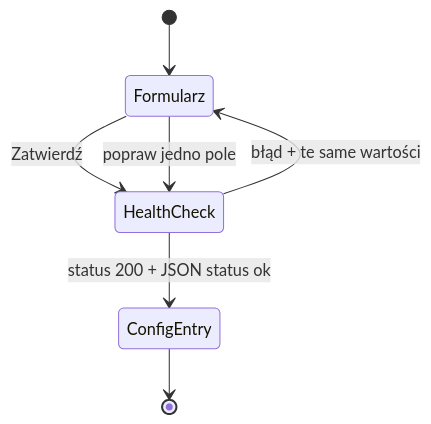
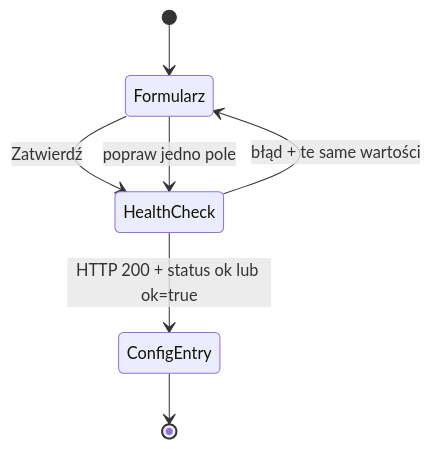
The second of 2 diagrams in RAPORT_IMPLEMENTACJI.md (NintyS/LocalEZVIZ), drawn with Mermaid before and after one commit. The commit also changed other lines of this file and 6 other files, not shown here.

````diff
--- a/RAPORT_IMPLEMENTACJI.md
+++ b/RAPORT_IMPLEMENTACJI.md
@@ -123,9 +123,9 @@
 ```mermaid
 stateDiagram-v2
     [*] --> Formularz
     Formularz --> HealthCheck: Zatwierdź
     HealthCheck --> Formularz: błąd + te same wartości
     Formularz --> HealthCheck: popraw jedno pole
-    HealthCheck --> ConfigEntry: status 200 + JSON status ok
+    HealthCheck --> ConfigEntry: HTTP 200 + status ok lub ok=true
     ConfigEntry --> [*]
 ```
````
